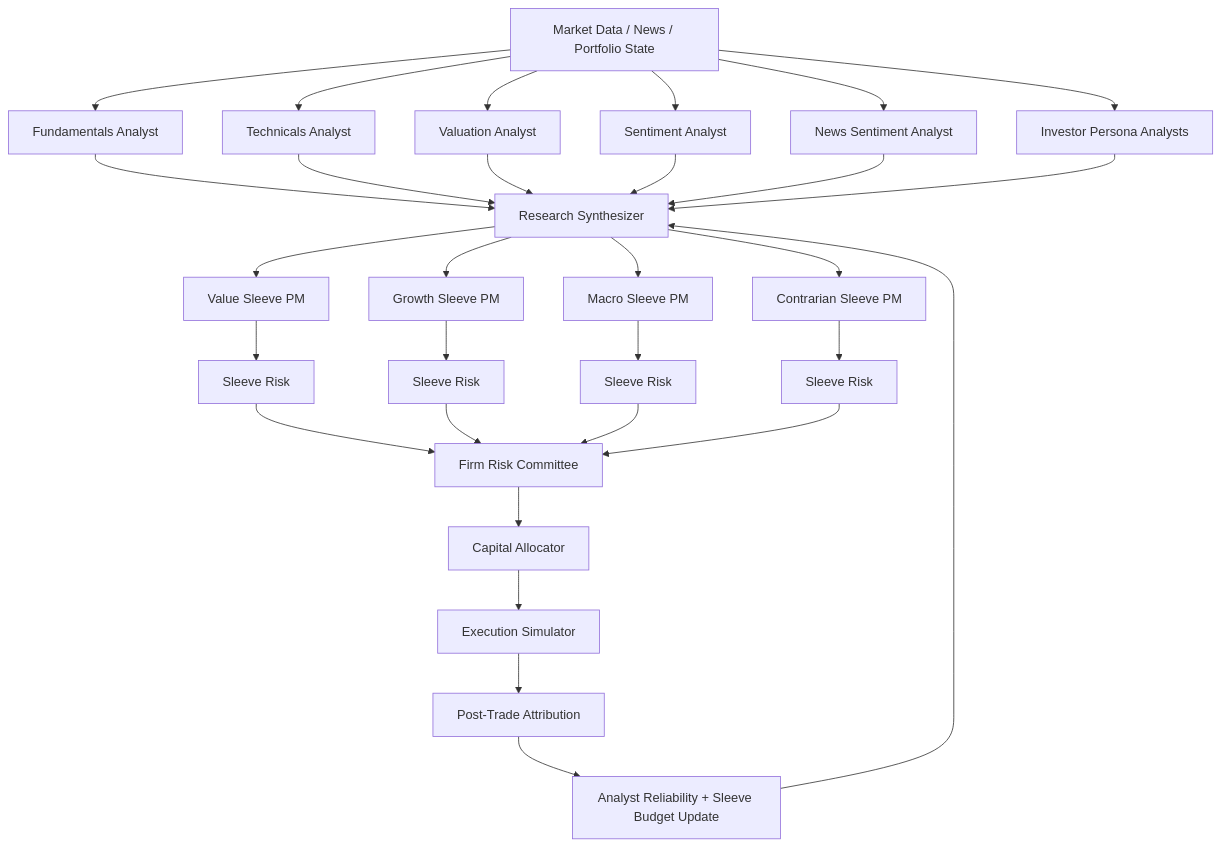
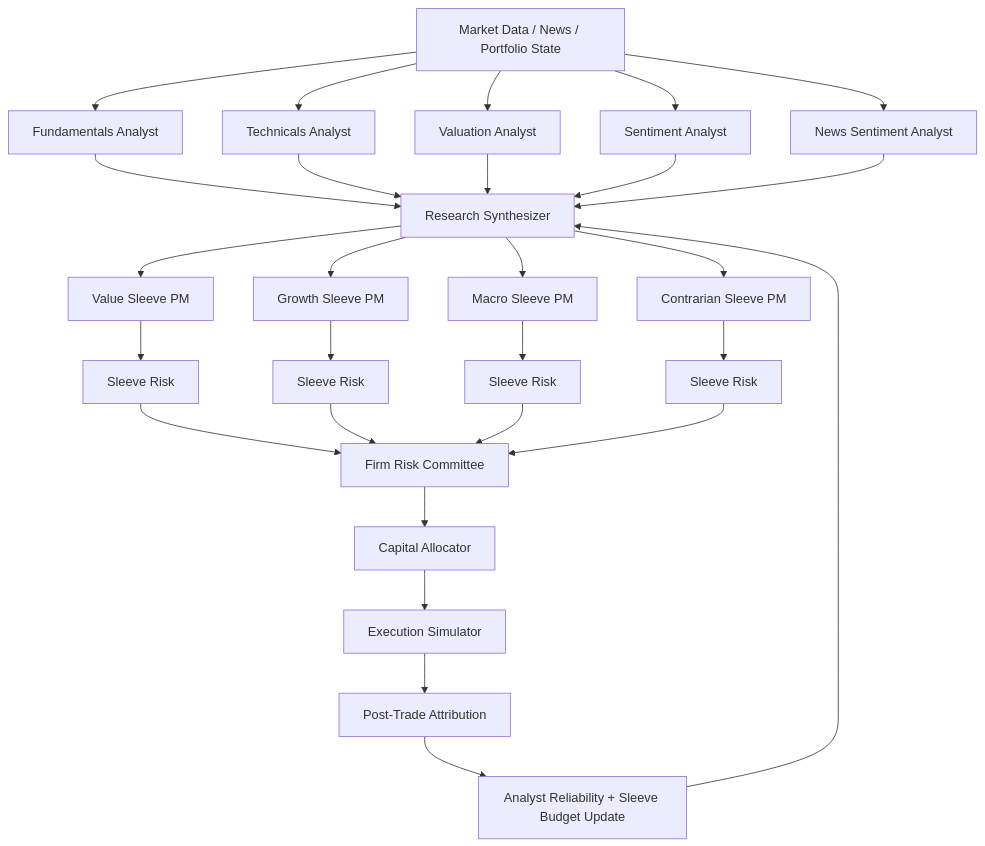
The first of 2 diagrams in AI智能投研系统模拟工作台_Case_Study.md (yzha0/ai-hedge-fund-common), drawn with Mermaid before and after one commit.

Commit message:
update architect graph
Removed Investor Persona Analysts from the diagram.

````diff
--- a/AI智能投研系统模拟工作台_Case_Study.md
+++ b/AI智能投研系统模拟工作台_Case_Study.md
@@ -330,39 +330,37 @@
 ```mermaid
 flowchart TD
     A[Market Data / News / Portfolio State]
 
     A --> B1[Fundamentals Analyst]
     A --> B2[Technicals Analyst]
     A --> B3[Valuation Analyst]
     A --> B4[Sentiment Analyst]
     A --> B5[News Sentiment Analyst]
-    A --> B6[Investor Persona Analysts]
 
     B1 --> C[Research Synthesizer]
     B2 --> C
     B3 --> C
     B4 --> C
     B5 --> C
-    B6 --> C
 
     C --> D1[Value Sleeve PM]
     C --> D2[Growth Sleeve PM]
     C --> D3[Macro Sleeve PM]
     C --> D4[Contrarian Sleeve PM]
 
     D1 --> E1[Sleeve Risk]
     D2 --> E2[Sleeve Risk]
     D3 --> E3[Sleeve Risk]
     D4 --> E4[Sleeve Risk]
 
     E1 --> F[Firm Risk Committee]
     E2 --> F
     E3 --> F
     E4 --> F
 
     F --> G[Capital Allocator]
     G --> H[Execution Simulator]
     H --> I[Post-Trade Attribution]
     I --> J[Analyst Reliability + Sleeve Budget Update]
     J --> C
 ```
````
